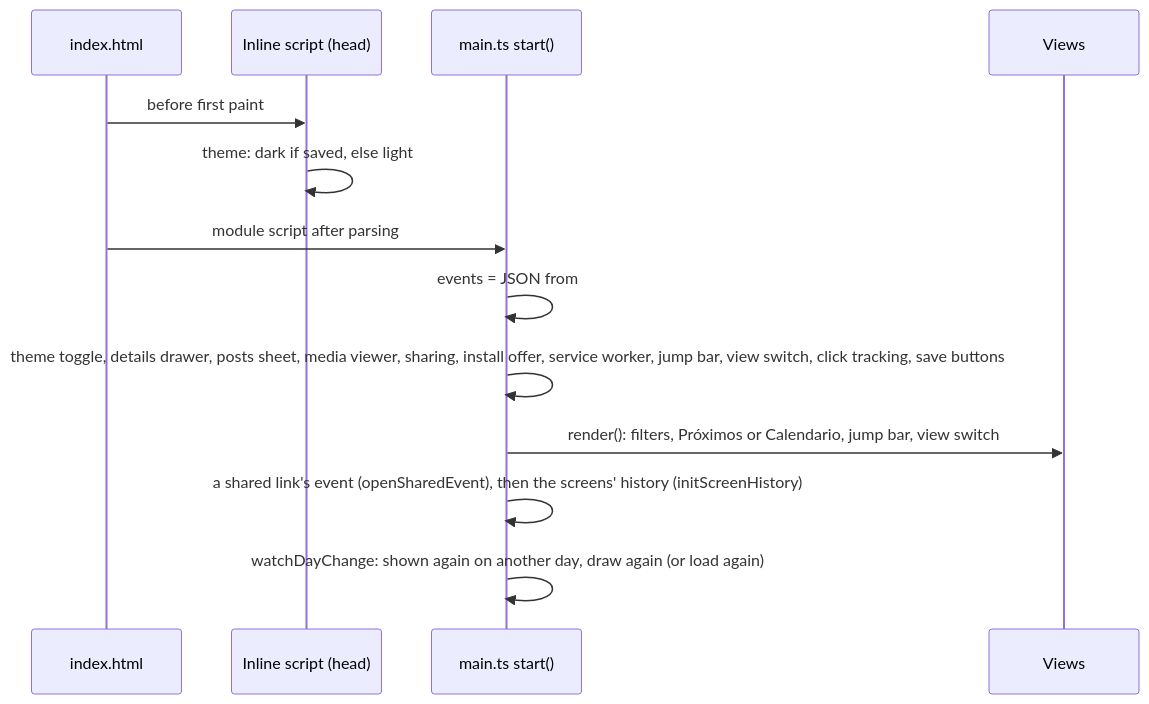
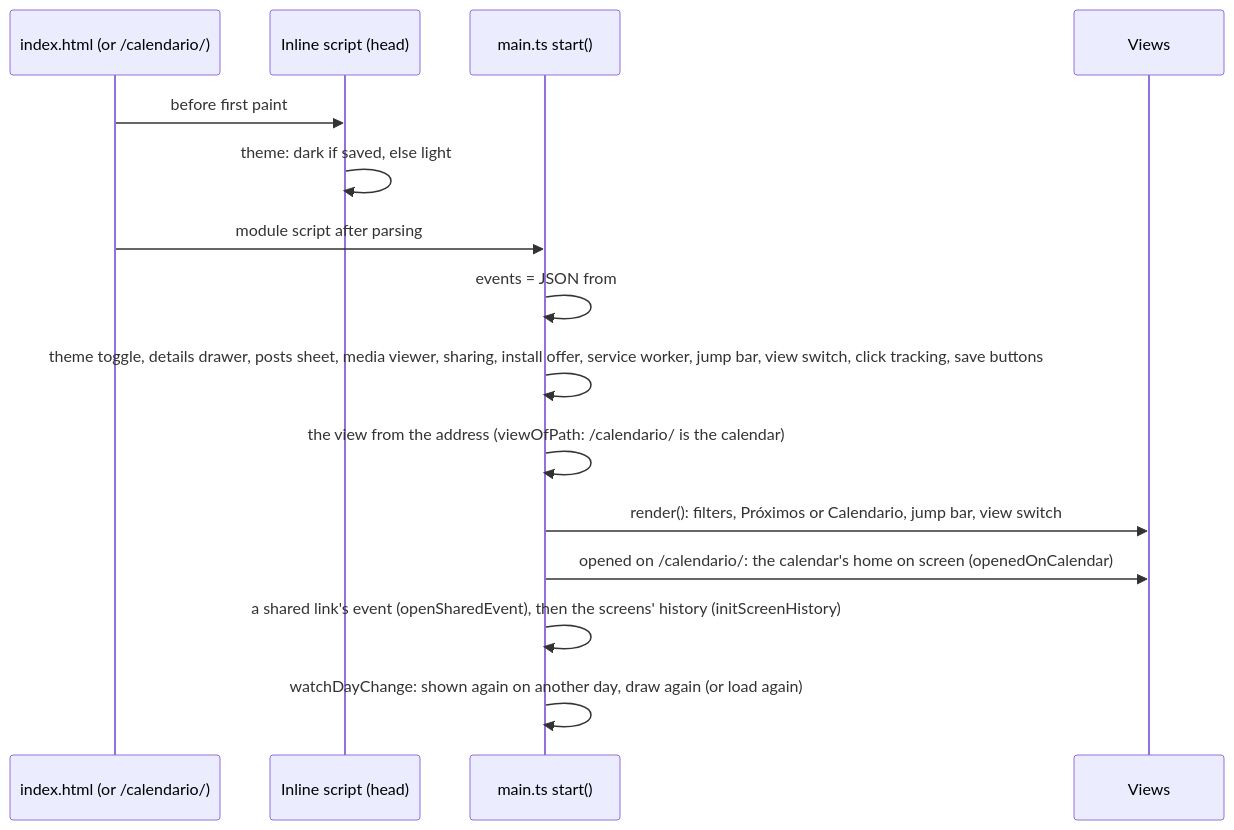
One commit to pa-bailar/pa-bailar.github.io changed the sixth of 9 diagrams in docs/ARCHITECTURE.md. Above: the diagram before and after it, drawn with Mermaid. The commit also changed other lines of this file and 6 other files, not shown here.

````diff
--- a/docs/ARCHITECTURE.md
+++ b/docs/ARCHITECTURE.md
@@ -334,16 +335,18 @@
 ```mermaid
 sequenceDiagram
-    participant H as index.html
+    participant H as index.html (or /calendario/)
     participant I as Inline script (head)
     participant M as main.ts start()
     participant V as Views
 
     H->>I: before first paint
     I->>I: theme: dark if saved, else light
     H->>M: module script after parsing
     M->>M: events = JSON from #events-data
     M->>M: theme toggle, details drawer, posts sheet, media viewer, sharing, install offer, service worker, jump bar, view switch, click tracking, save buttons
+    M->>M: the view from the address (viewOfPath: /calendario/ is the calendar)
     M->>V: render(): filters, Próximos or Calendario, jump bar, view switch
+    M->>V: opened on /calendario/: the calendar's home on screen (openedOnCalendar)
     M->>M: a shared link's event (openSharedEvent), then the screens' history (initScreenHistory)
     M->>M: watchDayChange: shown again on another day, draw again (or load again)
 ```
````
